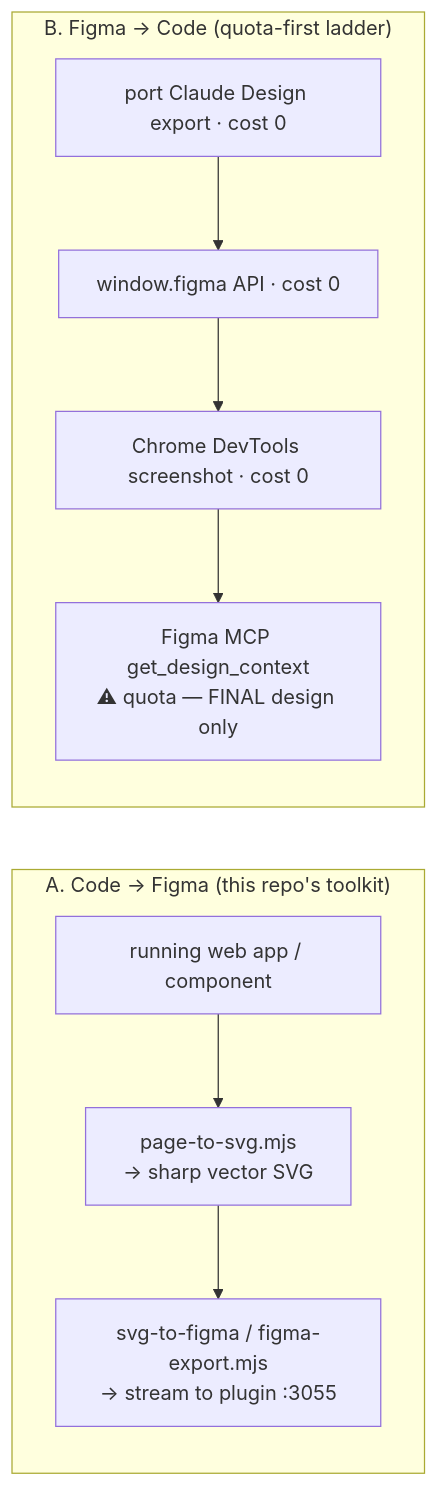
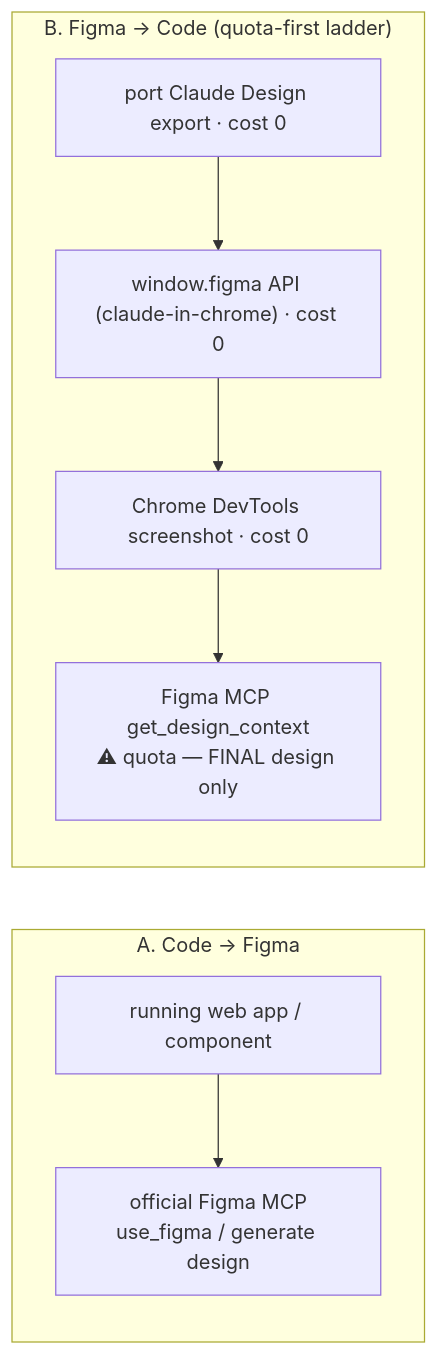
Before and after one commit to HenriGeorge/AutoCue: diagram 12 of 15 in docs/OVERVIEW.md, drawn with Mermaid. The commit also changed other lines of this file and 60 other files, not shown here.

````diff
--- a/docs/OVERVIEW.md
+++ b/docs/OVERVIEW.md
@@ -243,12 +250,11 @@
 ```mermaid
 flowchart LR
-    subgraph code2fig["A. Code → Figma (this repo's toolkit)"]
-      App["running web app / component"] --> SVG["page-to-svg.mjs<br/>→ sharp vector SVG"]
-      SVG --> Push["svg-to-figma / figma-export.mjs<br/>→ stream to plugin :3055"]
+    subgraph code2fig["A. Code → Figma"]
+      App["running web app / component"] --> MCPUP["official Figma MCP<br/>use_figma / generate design"]
     end
     subgraph fig2code["B. Figma → Code (quota-first ladder)"]
-      Port["port Claude Design export · cost 0"] --> WAPI["window.figma API · cost 0"]
+      Port["port Claude Design export · cost 0"] --> WAPI["window.figma API (claude-in-chrome) · cost 0"]
       WAPI --> Shot["Chrome DevTools screenshot · cost 0"]
       Shot --> MCP["Figma MCP get_design_context<br/>⚠ quota — FINAL design only"]
     end
 ```
````
